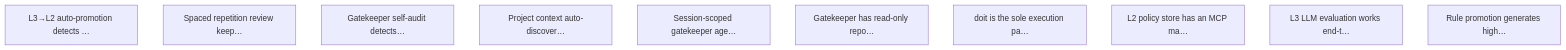
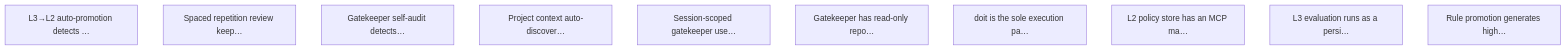
The diagram in docs/targets.md (marcelocantos/doit), drawn with Mermaid before and after one commit. The commit also changed other lines of this file and 1 other file, not shown here.

````diff
--- a/docs/targets.md
+++ b/docs/targets.md
@@ -191,13 +194,13 @@
 ```mermaid
 graph TD
     T10["L3→L2 auto-promotion detects …"]
     T11["Spaced repetition review keep…"]
     T12["Gatekeeper self-audit detects…"]
     T13["Project context auto-discover…"]
-    T14["Session-scoped gatekeeper age…"]
+    T14["Session-scoped gatekeeper use…"]
     T15["Gatekeeper has read-only repo…"]
     T16["doit is the sole execution pa…"]
     T7["L2 policy store has an MCP ma…"]
-    T8["L3 LLM evaluation works end-t…"]
+    T8["L3 evaluation runs as a persi…"]
     T9["Rule promotion generates high…"]
 ```
````
